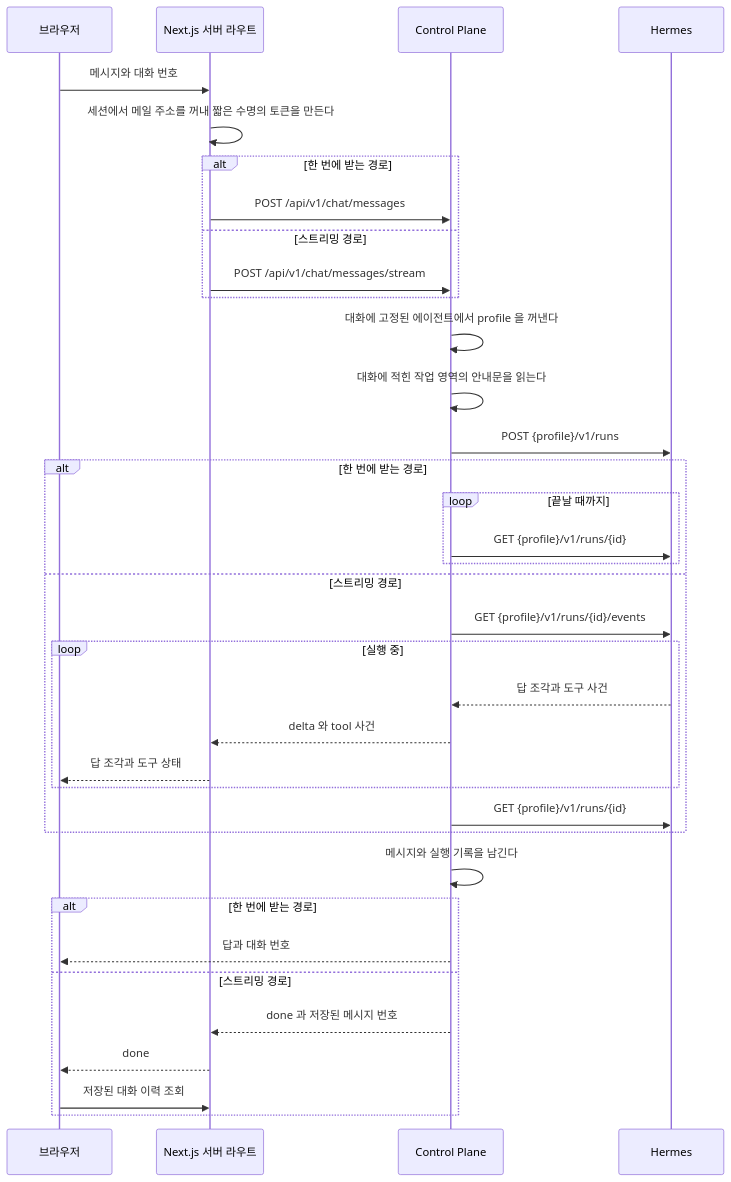
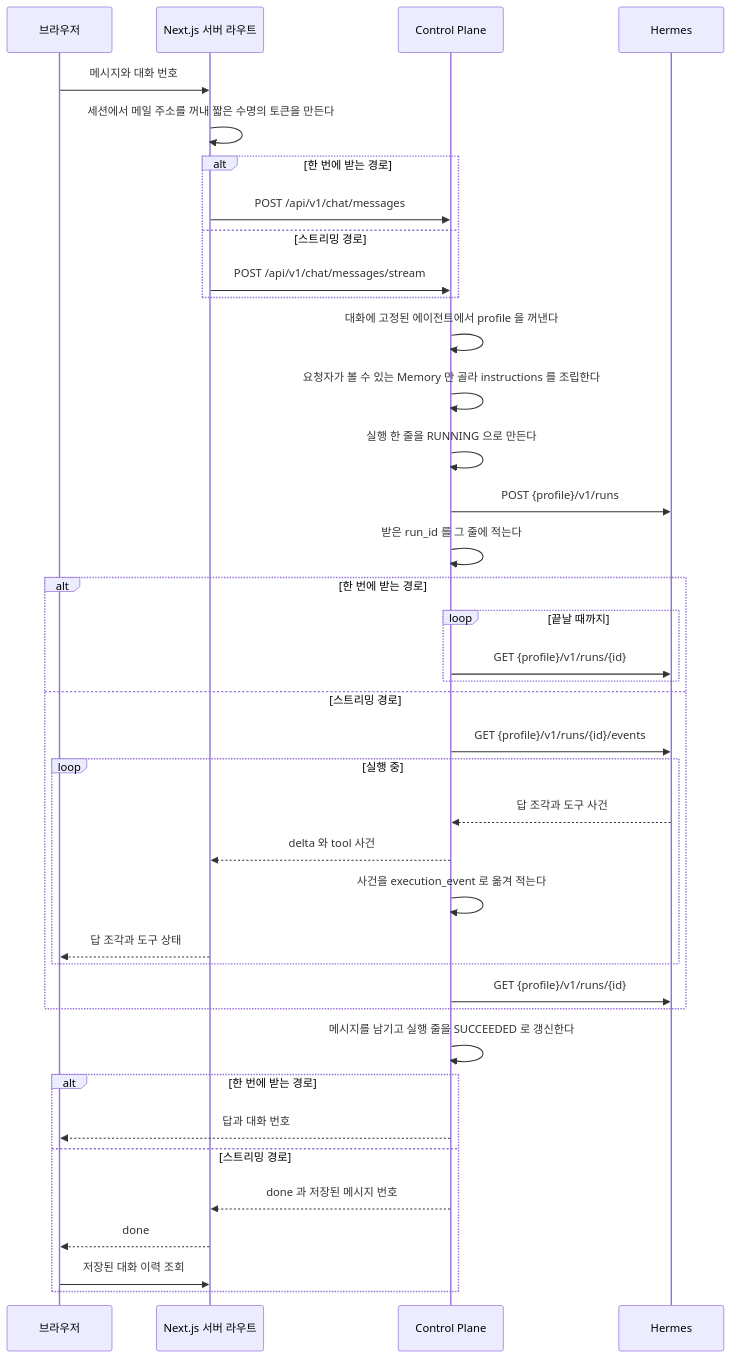
Before and after one commit to jon890/fos-assistant: the first of 2 diagrams in docs/flow.md, drawn with Mermaid. The commit also changed other lines of this file and 2 other files, not shown here.

````diff
--- a/docs/flow.md
+++ b/docs/flow.md
@@ -8,39 +8,42 @@
 ```mermaid
 sequenceDiagram
     participant B as 브라우저
     participant W as Next.js 서버 라우트
     participant C as Control Plane
     participant H as Hermes
 
     B->>W: 메시지와 대화 번호
     W->>W: 세션에서 메일 주소를 꺼내 짧은 수명의 토큰을 만든다
     alt 한 번에 받는 경로
         W->>C: POST /api/v1/chat/messages
     else 스트리밍 경로
         W->>C: POST /api/v1/chat/messages/stream
     end
     C->>C: 대화에 고정된 에이전트에서 profile 을 꺼낸다
-    C->>C: 대화에 적힌 작업 영역의 안내문을 읽는다
+    C->>C: 요청자가 볼 수 있는 Memory 만 골라 instructions 를 조립한다
+    C->>C: 실행 한 줄을 RUNNING 으로 만든다
     C->>H: POST {profile}/v1/runs
+    C->>C: 받은 run_id 를 그 줄에 적는다
     alt 한 번에 받는 경로
         loop 끝날 때까지
             C->>H: GET {profile}/v1/runs/{id}
         end
     else 스트리밍 경로
         C->>H: GET {profile}/v1/runs/{id}/events
         loop 실행 중
             H-->>C: 답 조각과 도구 사건
             C-->>W: delta 와 tool 사건
+            C->>C: 사건을 execution_event 로 옮겨 적는다
             W-->>B: 답 조각과 도구 상태
         end
         C->>H: GET {profile}/v1/runs/{id}
     end
-    C->>C: 메시지와 실행 기록을 남긴다
+    C->>C: 메시지를 남기고 실행 줄을 SUCCEEDED 로 갱신한다
     alt 한 번에 받는 경로
         C-->>B: 답과 대화 번호
     else 스트리밍 경로
         C-->>W: done 과 저장된 메시지 번호
         W-->>B: done
         B->>W: 저장된 대화 이력 조회
     end
 ```
````
